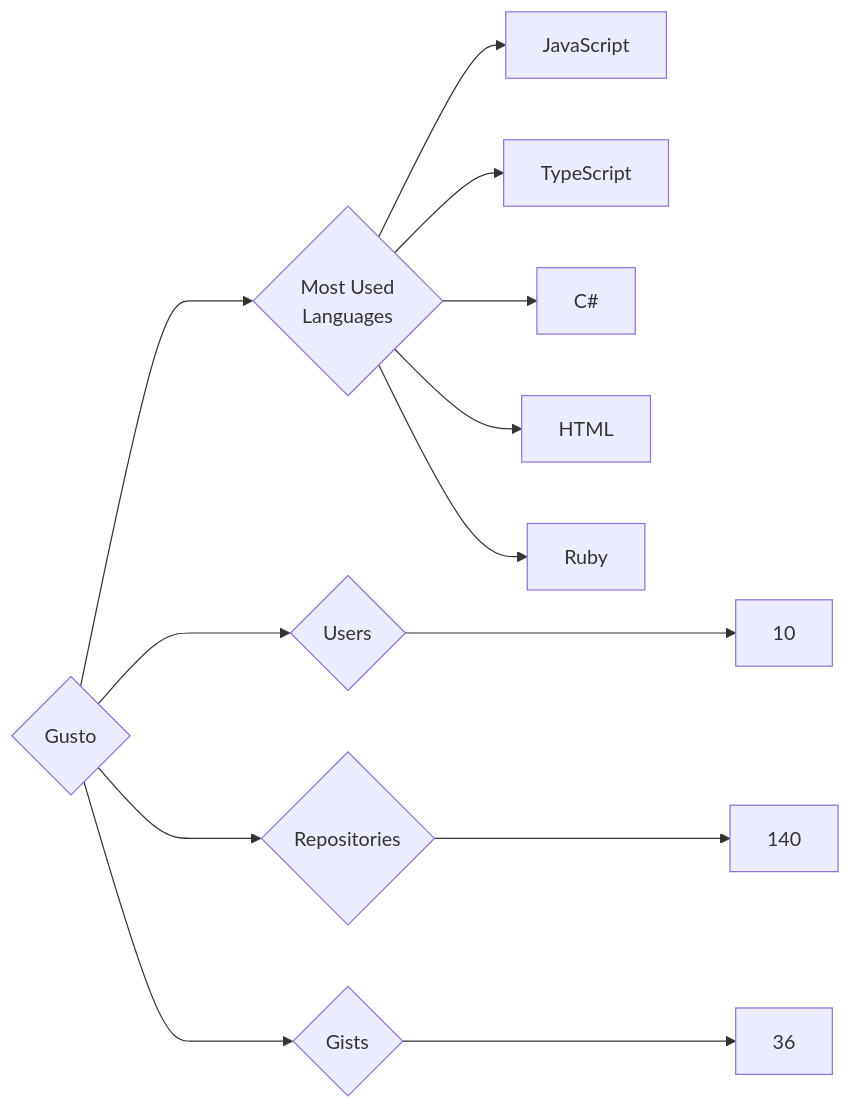
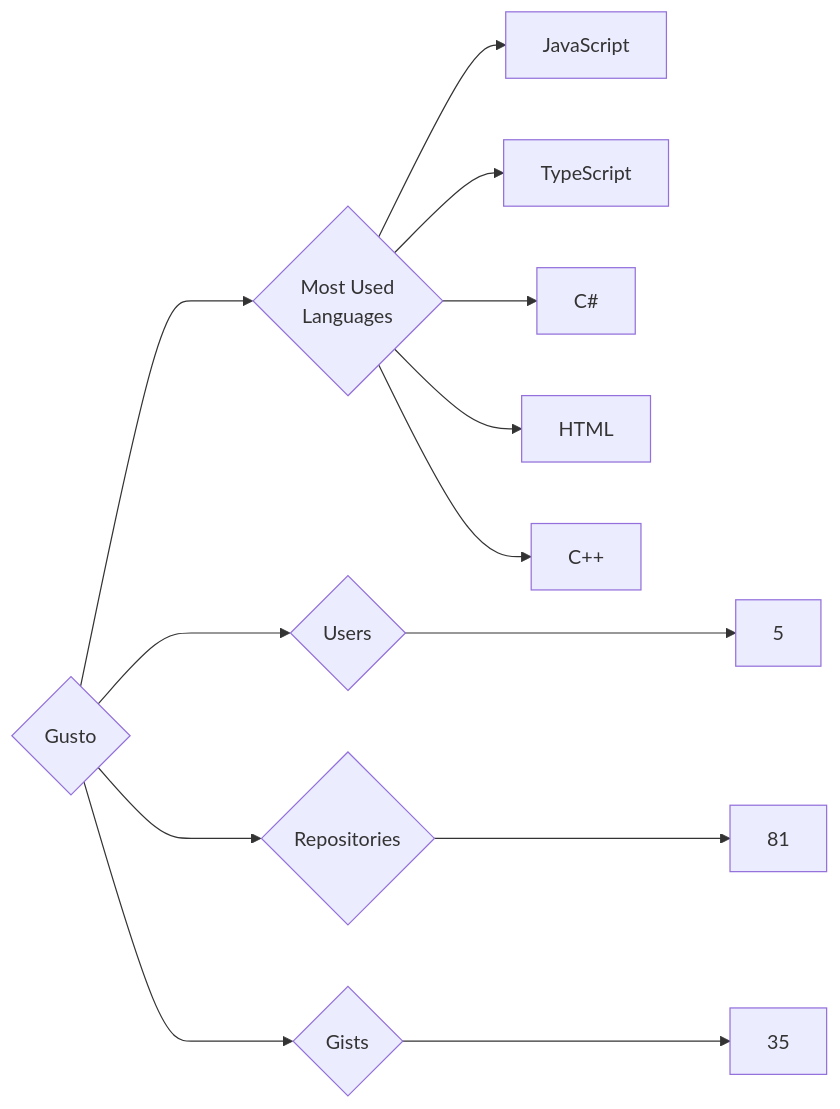
Before and after one commit to trickest/insiders: the diagram in targets/Gusto/README.md, drawn with Mermaid. The commit also changed 888 other files, not shown here.

````diff
--- a/targets/Gusto/README.md
+++ b/targets/Gusto/README.md
@@ -3,13 +3,13 @@
 ```mermaid
 graph LR
 COMPANY_NAME{Gusto}
-COMPANY_NAME ---> U{Users} ---> UN[10]
-COMPANY_NAME ---> R{Repositories} ---> RN[140]
-COMPANY_NAME ---> G{Gists} ---> GN[36]
+COMPANY_NAME ---> U{Users} ---> UN[5]
+COMPANY_NAME ---> R{Repositories} ---> RN[81]
+COMPANY_NAME ---> G{Gists} ---> GN[35]
 COMPANY_NAME ---> ML{Most Used<br>Languages}
 ML --> JavaScript[JavaScript]
 ML --> TypeScript[TypeScript]
 ML --> C#[C#]
 ML --> HTML[HTML]
-ML --> Ruby[Ruby]
+ML --> C++[C++]
 ```
````
